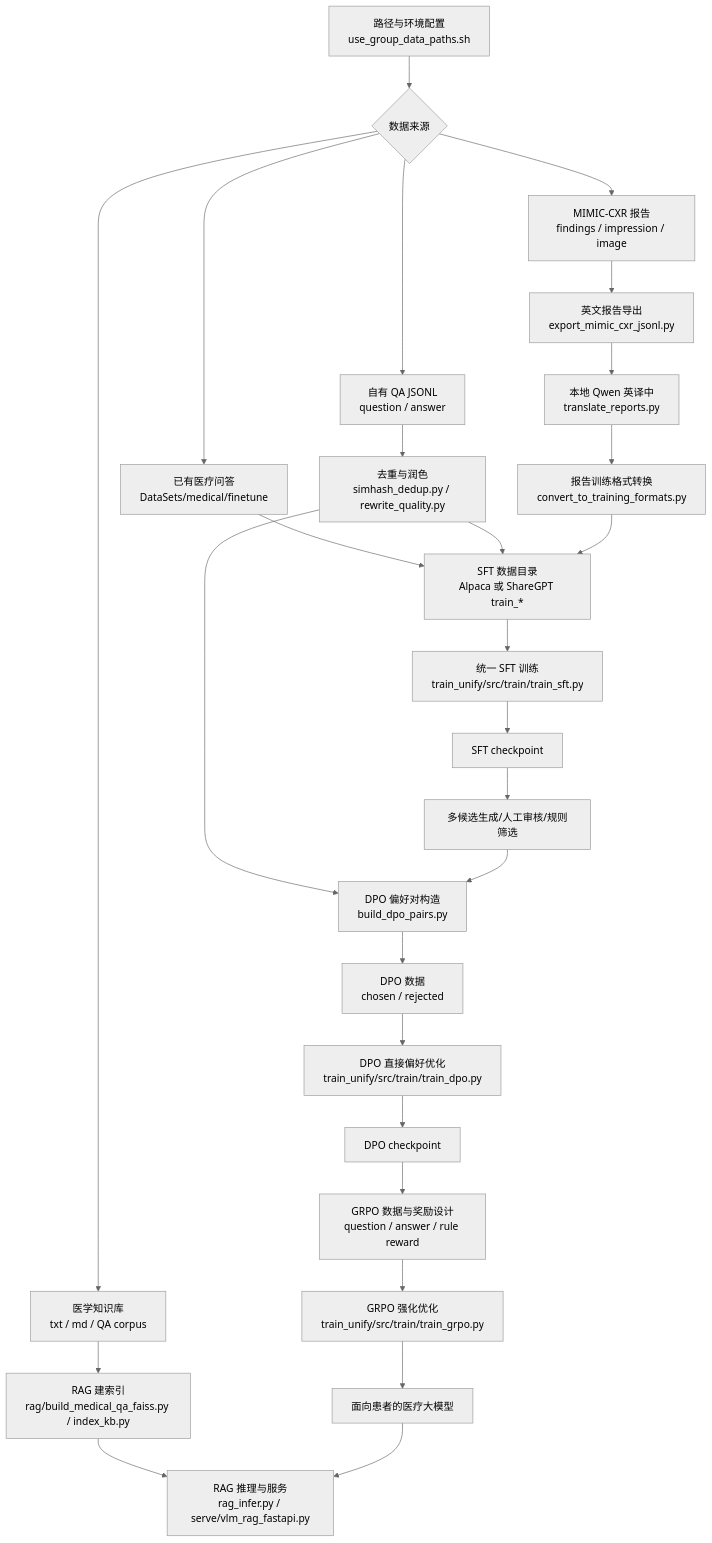
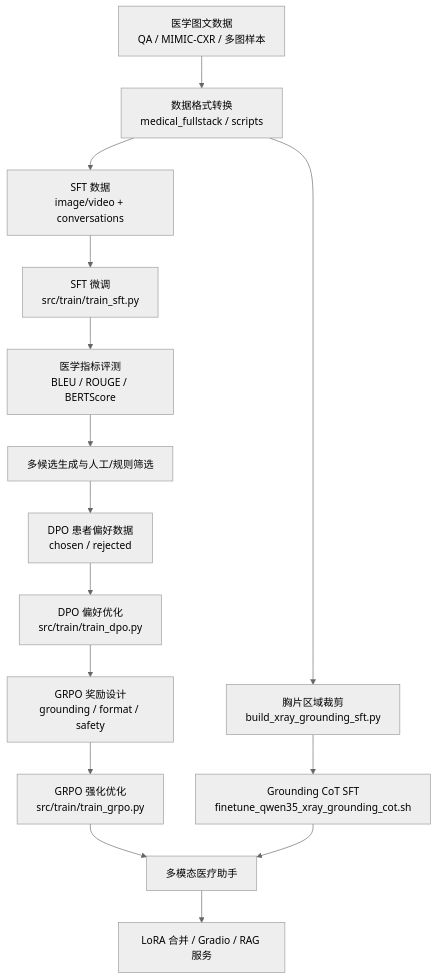
Before and after one commit to scuterGuoyulong/Medical_fullstack: the diagram in train_unify/README.md, drawn with Mermaid (neutral theme). The commit also changed other lines of this file, not shown here.

````diff
--- a/train_unify/README.md
+++ b/train_unify/README.md
@@ -19,35 +30,19 @@
 ```mermaid
 flowchart TD
-    A[路径与环境配置<br/>use_group_data_paths.sh] --> B{数据来源}
+    A[医学图文数据<br/>QA / MIMIC-CXR / 多图样本] --> B[数据格式转换<br/>medical_fullstack / scripts]
+    B --> C[SFT 数据<br/>image/video + conversations]
+    C --> D[SFT 微调<br/>src/train/train_sft.py]
+    D --> E[医学指标评测<br/>BLEU / ROUGE / BERTScore]
+    E --> F[多候选生成与人工/规则筛选]
+    F --> G[DPO 患者偏好数据<br/>chosen / rejected]
+    G --> H[DPO 偏好优化<br/>src/train/train_dpo.py]
+    H --> I[GRPO 奖励设计<br/>grounding / format / safety]
+    I --> J[GRPO 强化优化<br/>src/train/train_grpo.py]
+    J --> K[多模态医疗助手]
 
-    B --> C1[已有医疗问答<br/>DataSets/medical/finetune]
-    B --> C2[自有 QA JSONL<br/>question / answer]
-    B --> C3[MIMIC-CXR 报告<br/>findings / impression / image]
-    B --> C4[医学知识库<br/>txt / md / QA corpus]
+    B --> L[胸片区域裁剪<br/>build_xray_grounding_sft.py]
+    L --> M[Grounding CoT SFT<br/>finetune_qwen35_xray_grounding_cot.sh]
+    M --> K
 
-    C2 --> D1[去重与润色<br/>simhash_dedup.py / rewrite_quality.py]
-    C3 --> D2[英文报告导出<br/>export_mimic_cxr_jsonl.py]
-    D2 --> D3[本地 Qwen 英译中<br/>translate_reports.py]
-    D3 --> D4[报告训练格式转换<br/>convert_to_training_formats.py]
-    C1 --> E[SFT 数据目录<br/>Alpaca 或 ShareGPT train_*]
-    D1 --> E
-    D4 --> E
-
-    E --> F[统一 SFT 训练<br/>train_unify/src/train/train_sft.py]
-    F --> G[SFT checkpoint]
-
-    D1 --> H[DPO 偏好对构造<br/>build_dpo_pairs.py]
-    G --> I[多候选生成/人工审核/规则筛选]
-    I --> H
-    H --> J[DPO 数据<br/>chosen / rejected]
-    J --> K[DPO 直接偏好优化<br/>train_unify/src/train/train_dpo.py]
-    K --> L[DPO checkpoint]
-
-    L --> M[GRPO 数据与奖励设计<br/>question / answer / rule reward]
-    M --> N[GRPO 强化优化<br/>train_unify/src/train/train_grpo.py]
-    N --> O[面向患者的医疗大模型]
-
-    C4 --> P[RAG 建索引<br/>rag/build_medical_qa_faiss.py / index_kb.py]
-    P --> Q[RAG 推理与服务<br/>rag_infer.py / serve/vlm_rag_fastapi.py]
-    O --> Q
+    K --> N[LoRA 合并 / Gradio / RAG 服务]
 ```
````
